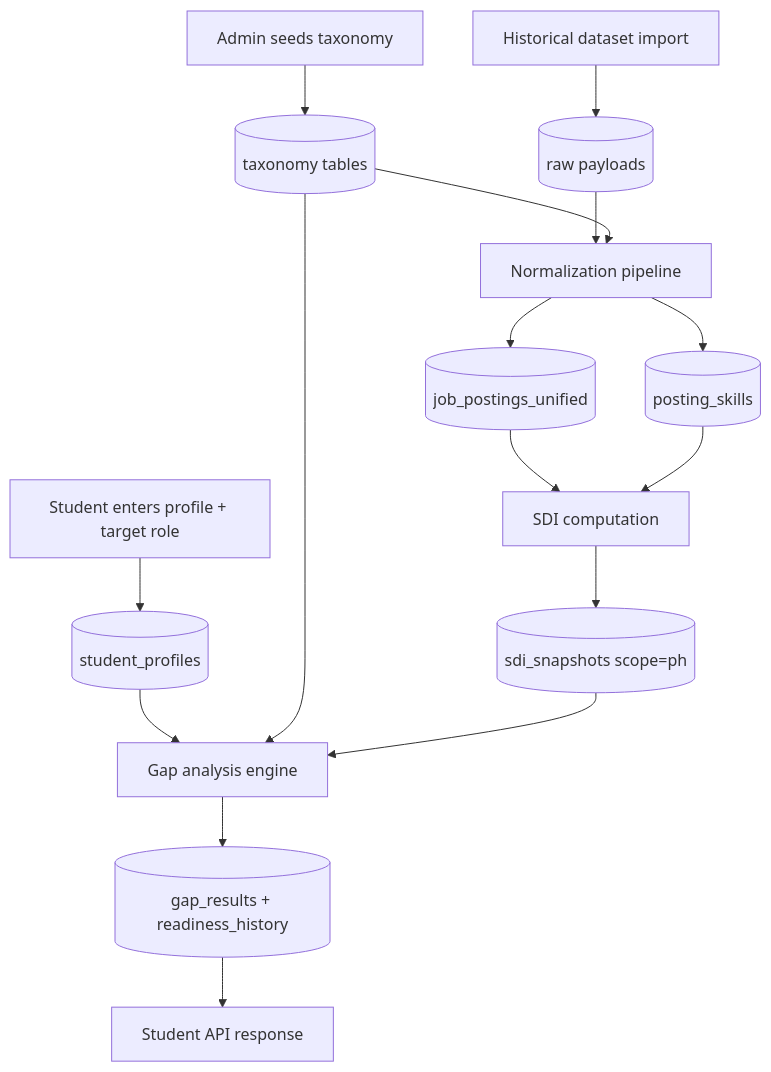
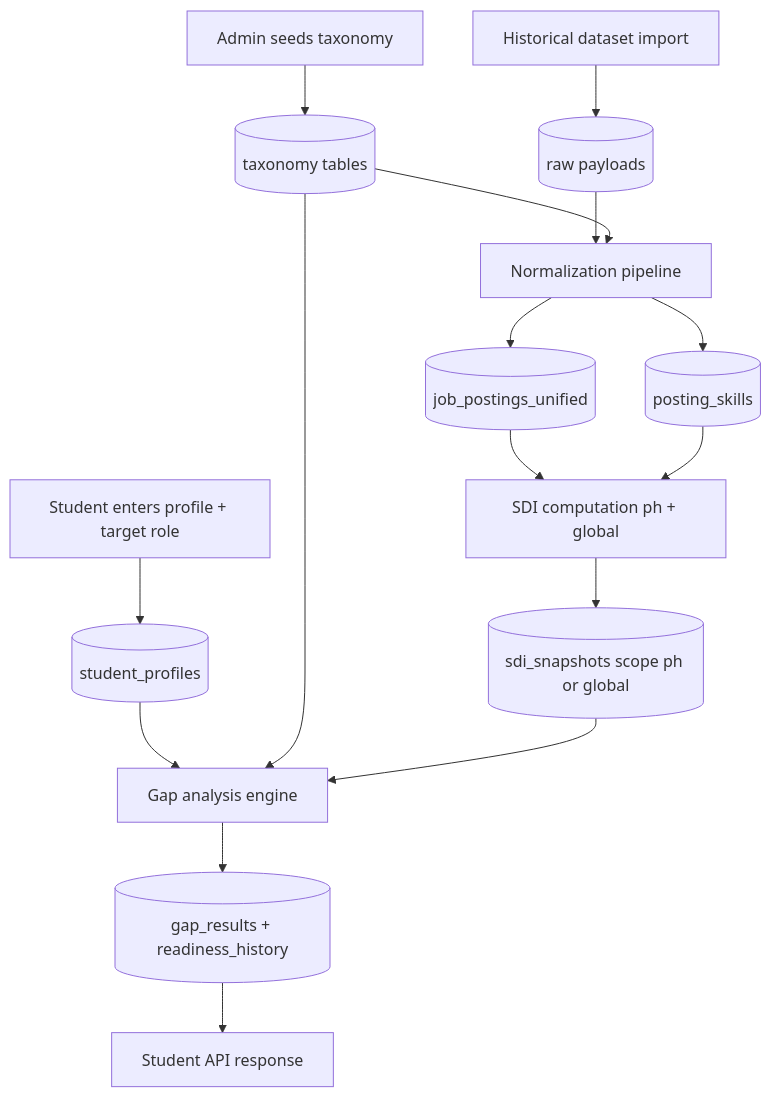
Before and after one commit to jeyeldotgit/FromCampusToCareer: the first of 2 diagrams in docs/plans/ARCH-PLAN-MVP-2026-03-28-v2.md, drawn with Mermaid. The commit also changed other lines of this file and 9 other files, not shown here.

````diff
--- a/docs/plans/ARCH-PLAN-MVP-2026-03-28-v2.md
+++ b/docs/plans/ARCH-PLAN-MVP-2026-03-28-v2.md
@@ -88,18 +88,18 @@
 ```mermaid
 flowchart TD
     admin_seed[Admin seeds taxonomy] --> taxonomy[(taxonomy tables)]
     historical_import[Historical dataset import] --> raw_store[(raw payloads)]
     raw_store --> normalization[Normalization pipeline]
     taxonomy --> normalization
     normalization --> postings[(job_postings_unified)]
     normalization --> posting_skills[(posting_skills)]
-    postings --> sdi[SDI computation]
+    postings --> sdi[SDI computation ph + global]
     posting_skills --> sdi
-    sdi --> sdi_snapshots[(sdi_snapshots scope=ph)]
+    sdi --> sdi_snapshots[(sdi_snapshots scope ph or global)]
     student_input[Student enters profile + target role] --> profile[(student_profiles)]
     profile --> gap[Gap analysis engine]
     taxonomy --> gap
     sdi_snapshots --> gap
     gap --> gap_results[(gap_results + readiness_history)]
     gap_results --> api[Student API response]
 ```
````
